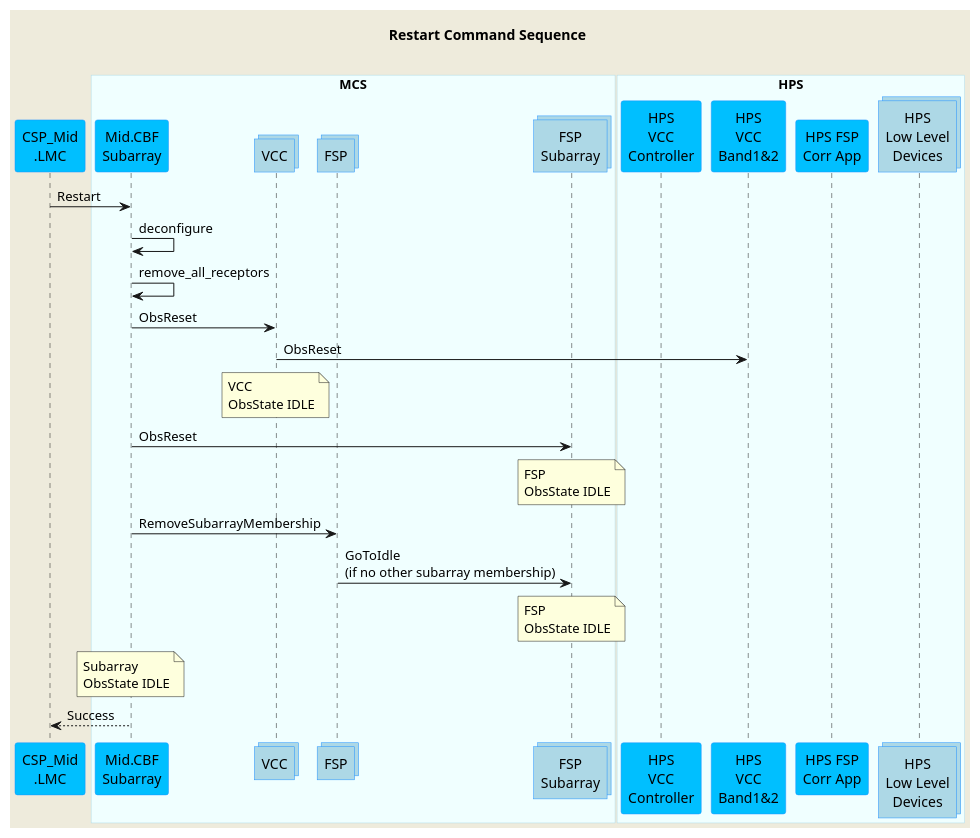
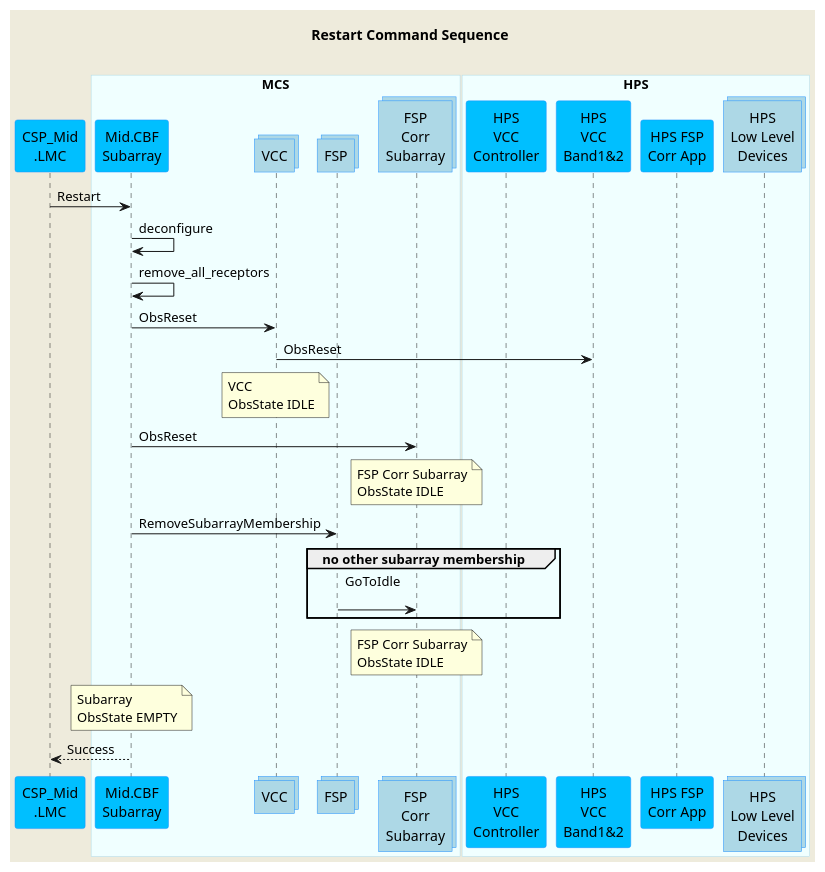
The diagram in docs/src/diagrams/restart-command.puml (ska-telescope/mid-cbf-mcs), drawn with PlantUML before and after one commit. The commit also changed 5 other files, not shown here.

```diff
--- a/docs/src/diagrams/restart-command.puml
+++ b/docs/src/diagrams/restart-command.puml
@@ -1,58 +1,62 @@
 @startuml
 'https://plantuml.com/sequence-diagram
 
 skinparam backgroundColor #EEEBDC
 skinparam sequence {
 ParticipantBorderColor DodgerBlue
 ParticipantBackgroundColor DeepSkyBlue
 ActorBorderColor DarkGreen
 ActorBackgroundColor Green
 BoxBorderColor LightBlue
 BoxBackgroundColor #F0FFFF
 }
 
 skinparam collections {
   BackGroundColor LightBlue
   BorderColor DodgerBlue
 }
 
 skinparam database {
   BackgroundColor LightGreen
   BorderColor DarkGreen
 }
 
 title Restart Command Sequence\n
 
 participant "CSP_Mid\n.LMC" as lmc
 
 box "MCS"
 participant "Mid.CBF\nSubarray" as subarray
 collections "VCC" as vcc
 collections "FSP" as fsp
-collections "FSP\nSubarray" as fspsubarray
+collections "FSP\nCorr\nSubarray" as fspsubarray
 end box
 
 box "HPS"
 participant "HPS\nVCC\nController" as hpsvcc
 participant "HPS\nVCC\nBand1&2" as hpsvccband
 participant "HPS FSP\nCorr App" as hpsfsp
 collections "HPS\nLow Level\nDevices" as hpsdevices
 end box
 
 lmc         ->  subarray      : Restart
 
 subarray    ->  subarray      : deconfigure
 subarray    ->  subarray      : remove_all_receptors
 subarray    ->  vcc           : ObsReset
 vcc         ->  hpsvccband    : ObsReset
 note over vcc                 : VCC\nObsState IDLE
 subarray    ->  fspsubarray   : ObsReset
-note over fspsubarray         : FSP\nObsState IDLE
+note over fspsubarray         : FSP Corr Subarray\nObsState IDLE
 subarray    ->  fsp           : RemoveSubarrayMembership
-fsp         ->  fspsubarray   : GoToIdle\n(if no other subarray membership)
-note over fspsubarray         : FSP\nObsState IDLE
-note over subarray            : Subarray\nObsState IDLE
+
+group no other subarray membership
+fsp         ->  fspsubarray   : GoToIdle\n
+end group
+
+note over fspsubarray         : FSP Corr Subarray\nObsState IDLE
+note over subarray            : Subarray\nObsState EMPTY
 lmc        <--  subarray      : Success
 
 
 @enduml
```
